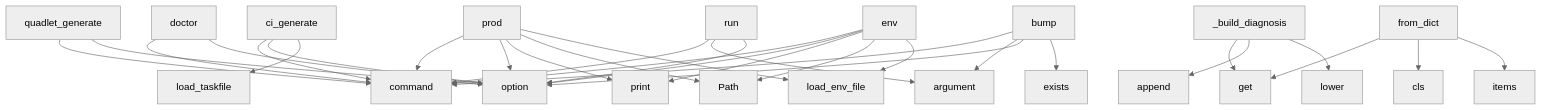
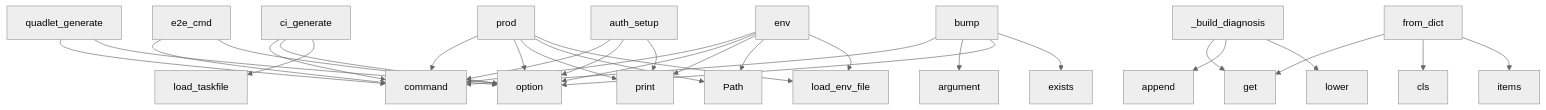
Before and after one commit to pyfunc/taskfile: the diagram in project/context.md, drawn with Mermaid (neutral theme). The commit also changed other lines of this file and 41 other files, not shown here.

````diff
--- a/project/context.md
+++ b/project/context.md
@@ -752,33 +745,33 @@
 ```mermaid
 graph TD
     prod --> command
     prod --> option
     prod --> print
     prod --> Path
     prod --> load_env_file
     ci_generate --> command
     ci_generate --> option
     ci_generate --> load_taskfile
     _build_diagnosis --> get
     _build_diagnosis --> append
     _build_diagnosis --> lower
-    run --> command
-    run --> argument
-    run --> option
     quadlet_generate --> command
     quadlet_generate --> option
-    doctor --> command
-    doctor --> option
     from_dict --> get
     from_dict --> cls
     from_dict --> items
     env --> command
     env --> option
     env --> print
     env --> Path
     env --> load_env_file
     bump --> command
     bump --> argument
     bump --> option
     bump --> exists
+    e2e_cmd --> command
+    e2e_cmd --> option
+    auth_setup --> command
+    auth_setup --> option
+    auth_setup --> print
 ```
````
